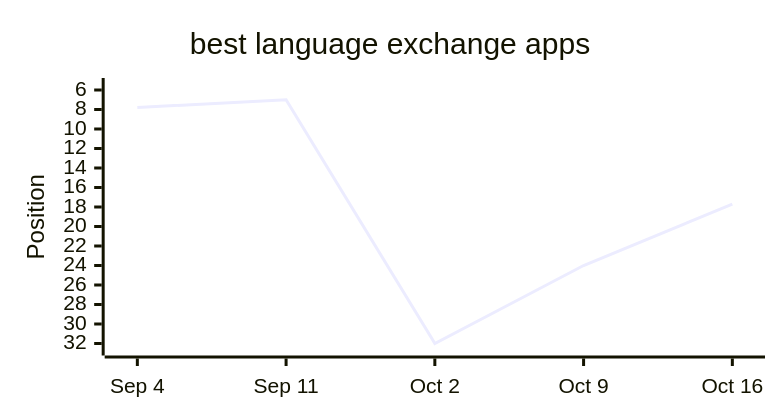
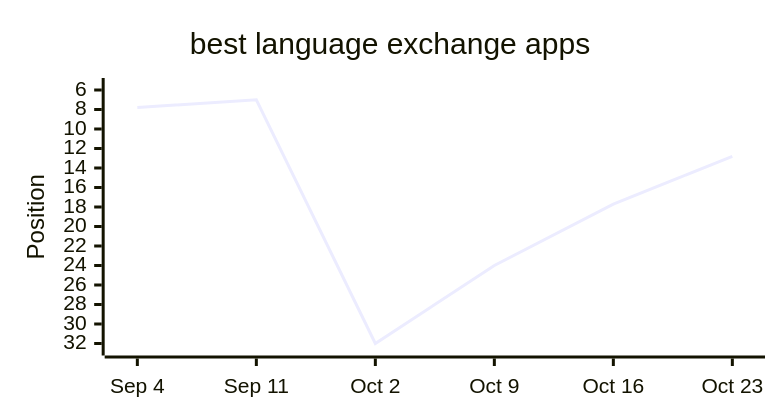
Before and after one commit to langx/website: the eighth of 13 diagrams in latest.md, drawn with Mermaid. The commit also changed other lines of this file and 2 other files, not shown here.

````diff
--- a/latest.md
+++ b/latest.md
@@ -122,13 +122,13 @@
 ```mermaid
 ---
 config:
   xyChart:
     width: 500
     height: 260
 ---
 xychart-beta
   title "best language exchange apps"
-  x-axis ["Sep 4", "Sep 11", "Oct 2", "Oct 9", "Oct 16"]
+  x-axis ["Sep 4", "Sep 11", "Oct 2", "Oct 9", "Oct 16", "Oct 23"]
   y-axis "Position" 32 --> 6
-  line [7.8, 7, 32, 24, 17.7]
+  line [7.8, 7, 32, 24, 17.7, 12.8]
 ```
````
